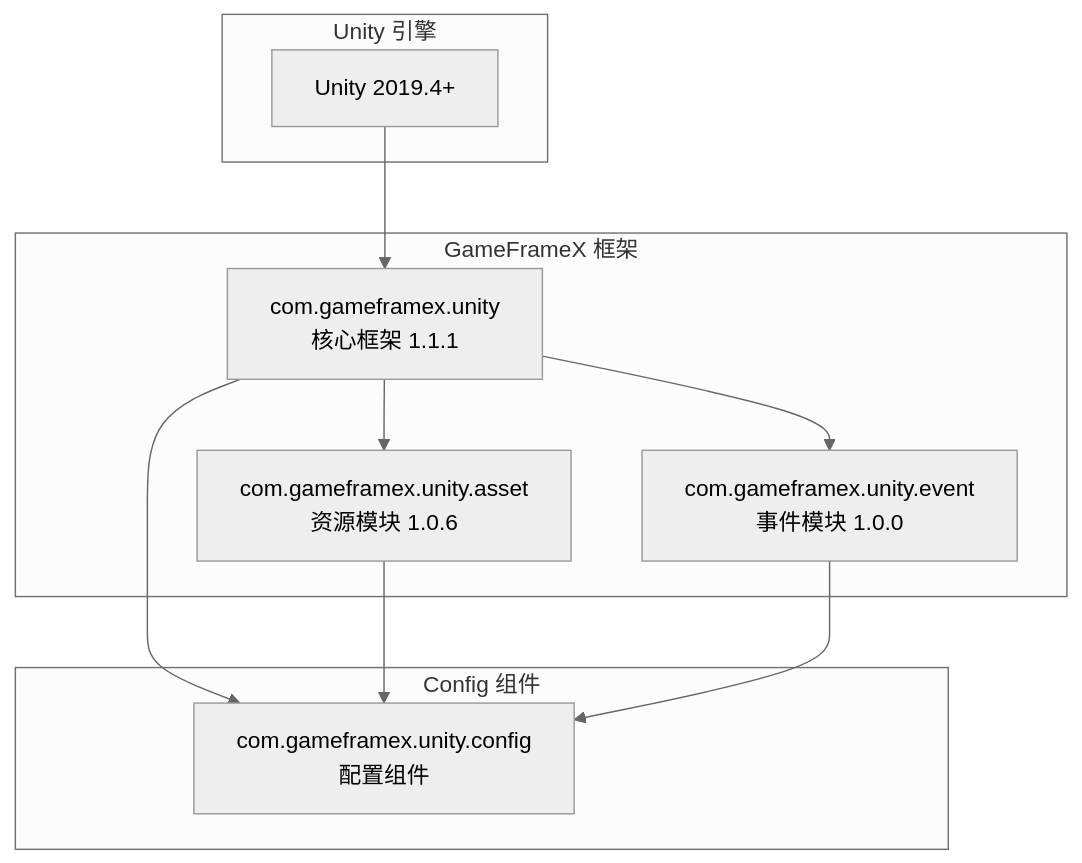
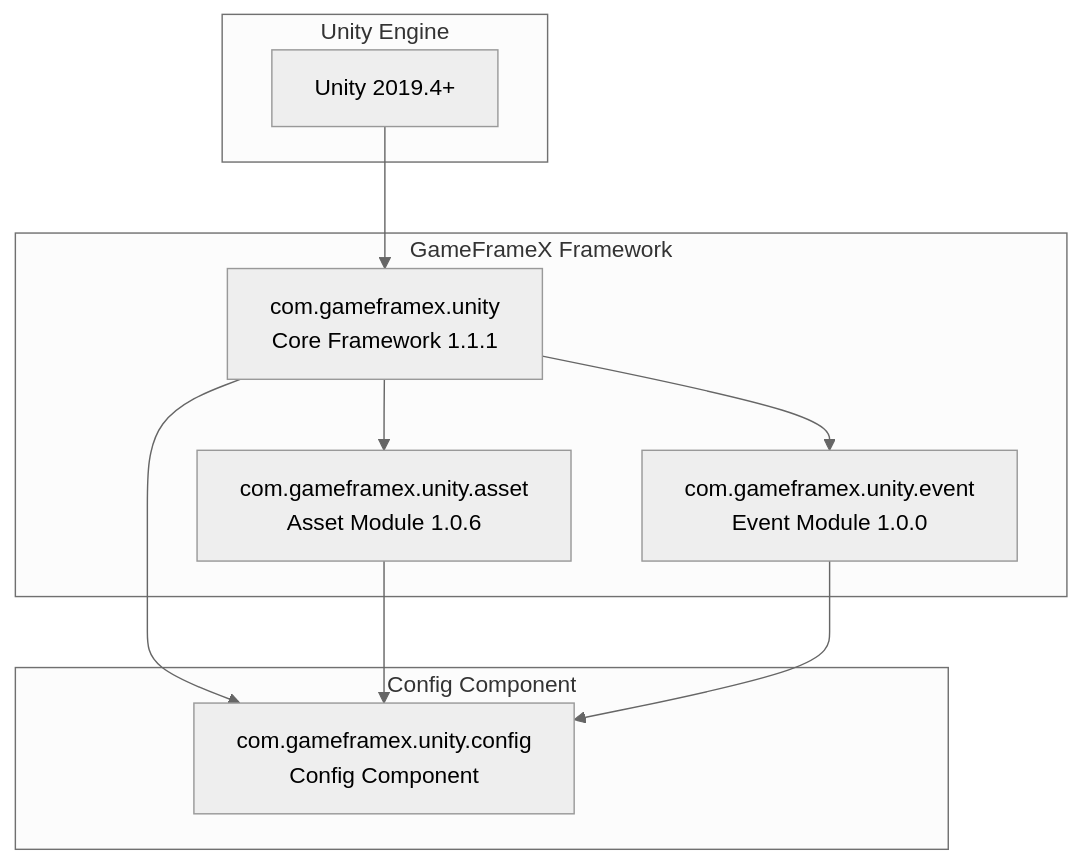
The diagram in docs/en/client/unity/component/config/05.dependencies.md (AlianBlank/GameFrameX.Docs), drawn with Mermaid (neutral theme) before and after one commit. The commit also changed other lines of this file and 242 other files, not shown here.

First line of the commit message:
docs(en/unity/component): 补全组件目录文档

````diff
--- a/docs/en/client/unity/component/config/05.dependencies.md
+++ b/docs/en/client/unity/component/config/05.dependencies.md
@@ -11,23 +11,23 @@
 ```mermaid
 flowchart TD
-    subgraph UnityEngine["Unity 引擎"]
+    subgraph UnityEngine["Unity Engine"]
         Unity[Unity 2019.4+]
     end
 
-    subgraph GameFrameX["GameFrameX 框架"]
-        Core["com.gameframex.unity<br/>核心框架 1.1.1"]
-        Asset["com.gameframex.unity.asset<br/>资源模块 1.0.6"]
-        Event["com.gameframex.unity.event<br/>事件模块 1.0.0"]
+    subgraph GameFrameX["GameFrameX Framework"]
+        Core["com.gameframex.unity<br/>Core Framework 1.1.1"]
+        Asset["com.gameframex.unity.asset<br/>Asset Module 1.0.6"]
+        Event["com.gameframex.unity.event<br/>Event Module 1.0.0"]
     end
 
-    subgraph Config["Config 组件"]
-        ConfigRuntime["com.gameframex.unity.config<br/>配置组件"]
+    subgraph Config["Config Component"]
+        ConfigRuntime["com.gameframex.unity.config<br/>Config Component"]
     end
 
     Unity --> Core
     Core --> Asset
     Core --> Event
     Core --> ConfigRuntime
     Asset --> ConfigRuntime
     Event --> ConfigRuntime
 ```
````
